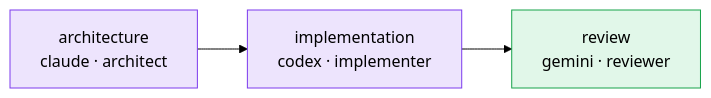
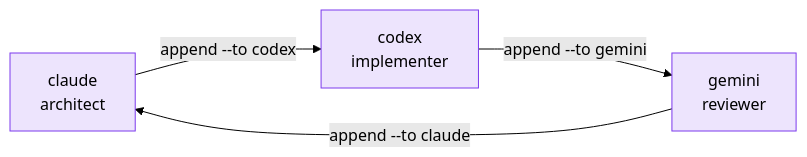
Before and after one commit to M8Shift/m8shift.github.io: the diagram in docs/guide/multi-agent.md, drawn with Mermaid (forest theme). The commit also changed other lines of this file and 37 other files, not shown here.

````diff
--- a/docs/guide/multi-agent.md
+++ b/docs/guide/multi-agent.md
@@ -30,9 +20,8 @@
 ```mermaid
 flowchart LR
-    A["architecture<br/>claude · architect"] --> I["implementation<br/>codex · implementer"]
-    I --> R["review<br/>gemini · reviewer"]
+    C["claude<br/>architect"] -->|"append --to codex"| X["codex<br/>implementer"]
+    X -->|"append --to gemini"| G["gemini<br/>reviewer"]
+    G -->|"append --to claude"| C
     classDef agent fill:#7c3aed22,stroke:#7c3aed;
-    classDef ok fill:#22c55e22,stroke:#16a34a;
-    class A,I agent;
-    class R ok;
+    class C,X,G agent;
 ```
````
